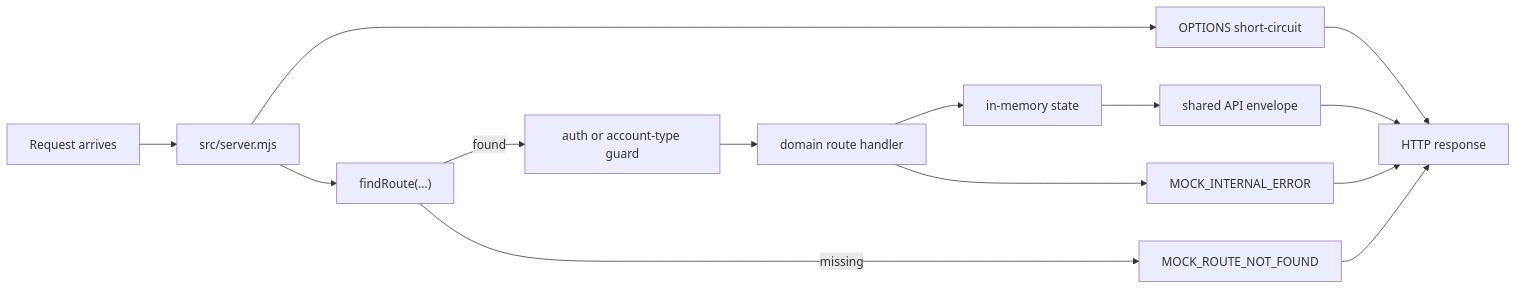
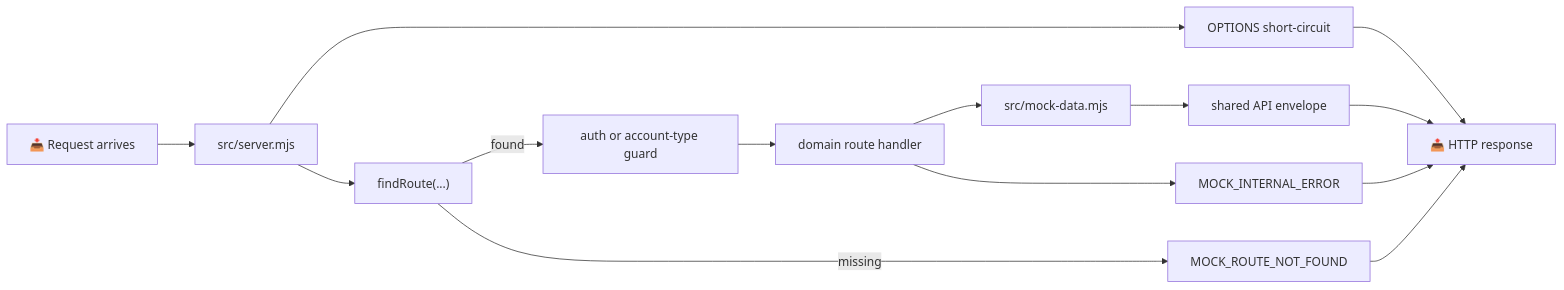
Before and after one commit to Plataforma-Universidade-Gratuita/pug-docs: the fourth of 7 diagrams in pug-mocks/README.md, drawn with Mermaid. The commit also changed other lines of this file and 2 other files, not shown here.

````diff
--- a/pug-mocks/README.md
+++ b/pug-mocks/README.md
@@ -152,28 +154,28 @@
 ```mermaid
 flowchart LR
-    REQUEST["Request arrives"]
+    REQUEST["📥 Request arrives"]
     SERVER["src/server.mjs"]
     OPTIONS["OPTIONS short-circuit"]
     MATCH["findRoute(...)"]
     GUARD["auth or account-type guard"]
     DOMAIN["domain route handler"]
-    STATE["in-memory state"]
+    STORE["src/mock-data.mjs"]
     ENVELOPE["shared API envelope"]
-    RESPONSE["HTTP response"]
+    RESPONSE["📤 HTTP response"]
     MISS["MOCK_ROUTE_NOT_FOUND"]
     ERROR["MOCK_INTERNAL_ERROR"]
 
     REQUEST --> SERVER
     SERVER --> OPTIONS
     SERVER --> MATCH
     OPTIONS --> RESPONSE
     MATCH -->|found| GUARD
     MATCH -->|missing| MISS
     GUARD --> DOMAIN
-    DOMAIN --> STATE
-    STATE --> ENVELOPE
+    DOMAIN --> STORE
+    STORE --> ENVELOPE
     ENVELOPE --> RESPONSE
     DOMAIN --> ERROR
     MISS --> RESPONSE
     ERROR --> RESPONSE
 ```
````
